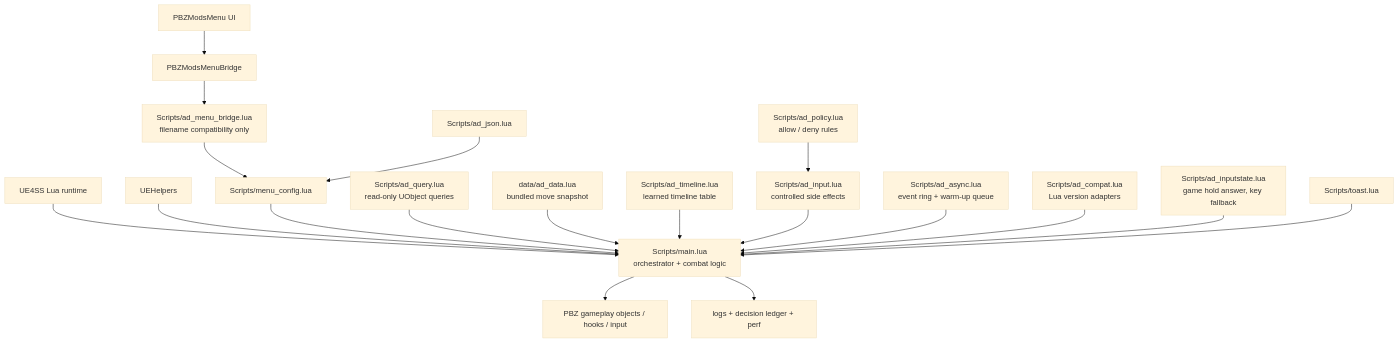
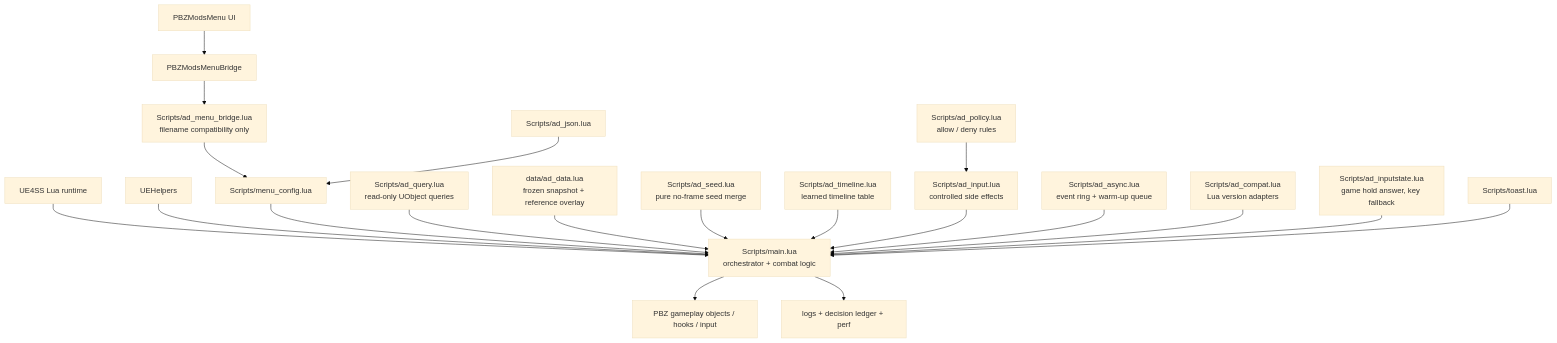
The first of 3 diagrams in docs/ARCHITECTURE.md (High-cla/auto-defense-next), drawn with Mermaid (base theme) before and after one commit. The commit also changed other lines of this file and 17 other files, not shown here.

```diff
--- a/docs/ARCHITECTURE.md
+++ b/docs/ARCHITECTURE.md
@@ -23,21 +23,22 @@
 ~~~mermaid
 flowchart TD
     UE4SS["UE4SS Lua runtime"] --> MAIN["Scripts/main.lua<br/>orchestrator + combat logic"]
     UEH["UEHelpers"] --> MAIN
     MENU["PBZModsMenu UI"] --> BRIDGE["PBZModsMenuBridge"]
     BRIDGE --> SHIM["Scripts/ad_menu_bridge.lua<br/>filename compatibility only"]
     SHIM --> CONFIG["Scripts/menu_config.lua"]
     JSON["Scripts/ad_json.lua"] --> CONFIG
     CONFIG --> MAIN
     QUERY["Scripts/ad_query.lua<br/>read-only UObject queries"] --> MAIN
-    DATA["data/ad_data.lua<br/>bundled move snapshot"] --> MAIN
+    DATA["data/ad_data.lua<br/>frozen snapshot + reference overlay"] --> MAIN
+    SEED["Scripts/ad_seed.lua<br/>pure no-frame seed merge"] --> MAIN
     TL["Scripts/ad_timeline.lua<br/>learned timeline table"] --> MAIN
     POLICY["Scripts/ad_policy.lua<br/>allow / deny rules"] --> INPUT["Scripts/ad_input.lua<br/>controlled side effects"]
     INPUT --> MAIN
     ASYNC["Scripts/ad_async.lua<br/>event ring + warm-up queue"] --> MAIN
     COMPAT["Scripts/ad_compat.lua<br/>Lua version adapters"] --> MAIN
     INPUTSTATE["Scripts/ad_inputstate.lua<br/>game hold answer, key fallback"] --> MAIN
     TOAST["Scripts/toast.lua"] --> MAIN
     MAIN --> GAME["PBZ gameplay objects / hooks / input"]
     MAIN --> LOGS["logs + decision ledger + perf"]
 ~~~
```
